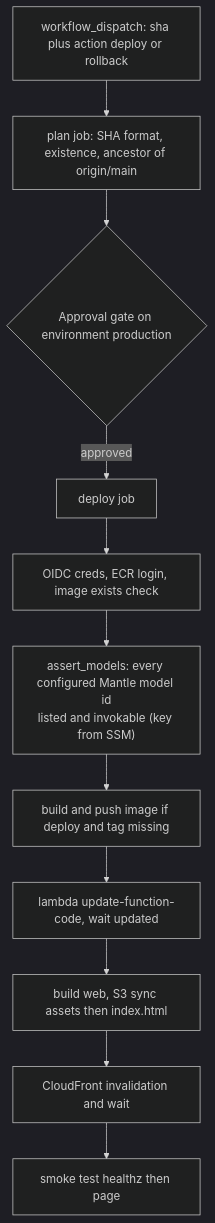
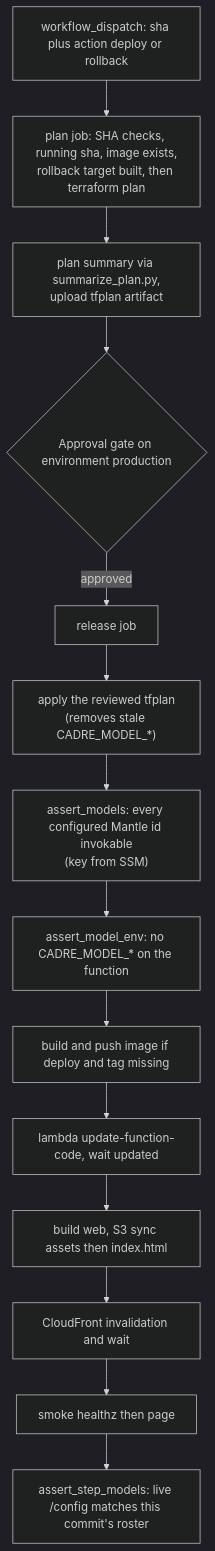
Before and after one commit to Nextasy-Apps-LLC/marcuss-cadre-test: the diagram in openwiki/workflows/ci-cd.md, drawn with Mermaid (dark theme). The commit also changed other lines of this file and 9 other files, not shown here.

````diff
--- a/openwiki/workflows/ci-cd.md
+++ b/openwiki/workflows/ci-cd.md
@@ -44,13 +51,16 @@
 ```mermaid
 flowchart TD
-  A["workflow_dispatch: sha plus action deploy or rollback"] --> P["plan job: SHA format, existence, ancestor of origin/main"]
-  P --> G{"Approval gate on environment production"}
-  G -->|approved| D["deploy job"]
-  D --> E["OIDC creds, ECR login, image exists check"]
-  E --> AM["assert_models: every configured Mantle model id<br/>listed and invokable (key from SSM)"]
-  AM --> B1["build and push image if deploy and tag missing"]
+  A["workflow_dispatch: sha plus action deploy or rollback"] --> P["plan job: SHA checks, running sha, image exists,<br/>rollback target built, then terraform plan"]
+  P --> PS["plan summary via summarize_plan.py,<br/>upload tfplan artifact"]
+  PS --> G{"Approval gate on environment production"}
+  G -->|approved| R["release job"]
+  R --> TA["apply the reviewed tfplan<br/>(removes stale CADRE_MODEL_*)"]
+  TA --> AM["assert_models: every configured Mantle id invokable<br/>(key from SSM)"]
+  AM --> AE["assert_model_env: no CADRE_MODEL_* on the function"]
+  AE --> B1["build and push image if deploy and tag missing"]
   B1 --> L["lambda update-function-code, wait updated"]
   L --> S["build web, S3 sync assets then index.html"]
   S --> I["CloudFront invalidation and wait"]
-  I --> SM["smoke test healthz then page"]
+  I --> SM["smoke healthz then page"]
+  SM --> AS["assert_step_models: live /config matches this commit's roster"]
 ```
````
